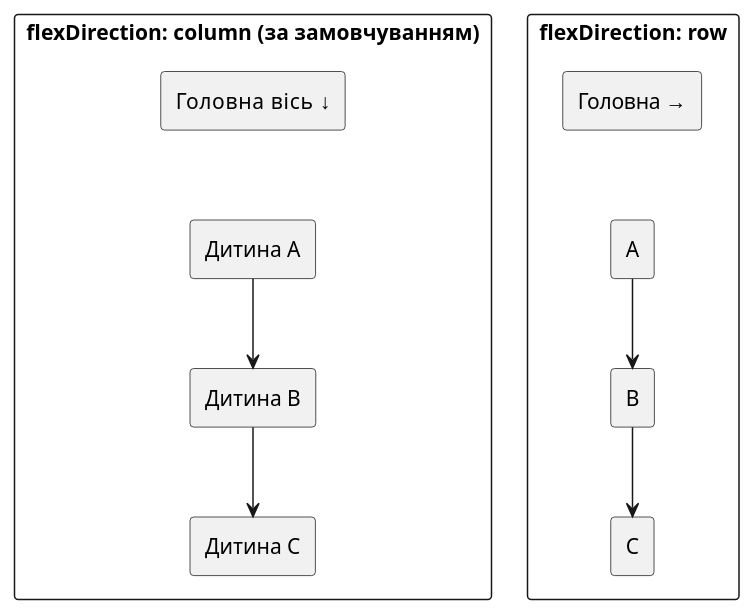
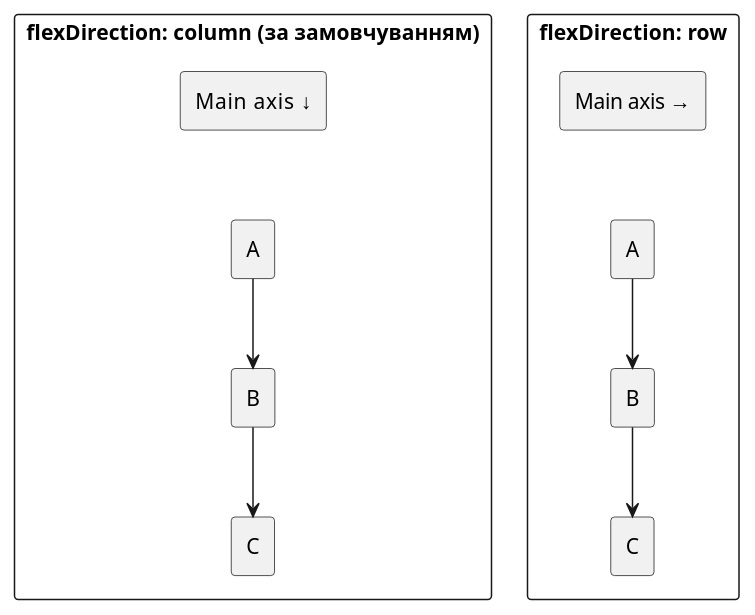
The diagram in content/15.react-native/07.flexbox-and-layout.md (arakviel/kostyl.dev), drawn with PlantUML before and after one commit. The commit also changed other lines of this file and 61 other files, not shown here.

````diff
--- a/content/15.react-native/07.flexbox-and-layout.md
+++ b/content/15.react-native/07.flexbox-and-layout.md
@@ -96,28 +96,28 @@
 ```plantuml
 @startuml
 skinparam style plain
 skinparam backgroundColor #ffffff
 skinparam defaultFontName Helvetica
 
 rectangle "flexDirection: column (за замовчуванням)" as C {
-  rectangle "Головна вісь ↓" as M1
-  rectangle "Дитина A" as A1
-  rectangle "Дитина B" as B1
-  rectangle "Дитина C" as C1
+  rectangle "Main axis ↓" as M1
+  rectangle "A" as A1
+  rectangle "B" as B1
+  rectangle "C" as C1
   M1 -[hidden]-> A1
   A1 --> B1
   B1 --> C1
 }
 
 rectangle "flexDirection: row" as R {
-  rectangle "Головна →" as M2
+  rectangle "Main axis →" as M2
   rectangle "A" as A2
   rectangle "B" as B2
   rectangle "C" as C2
   M2 -[hidden]-> A2
   A2 --> B2
   B2 --> C2
 }
 
 @enduml
 ```
````
